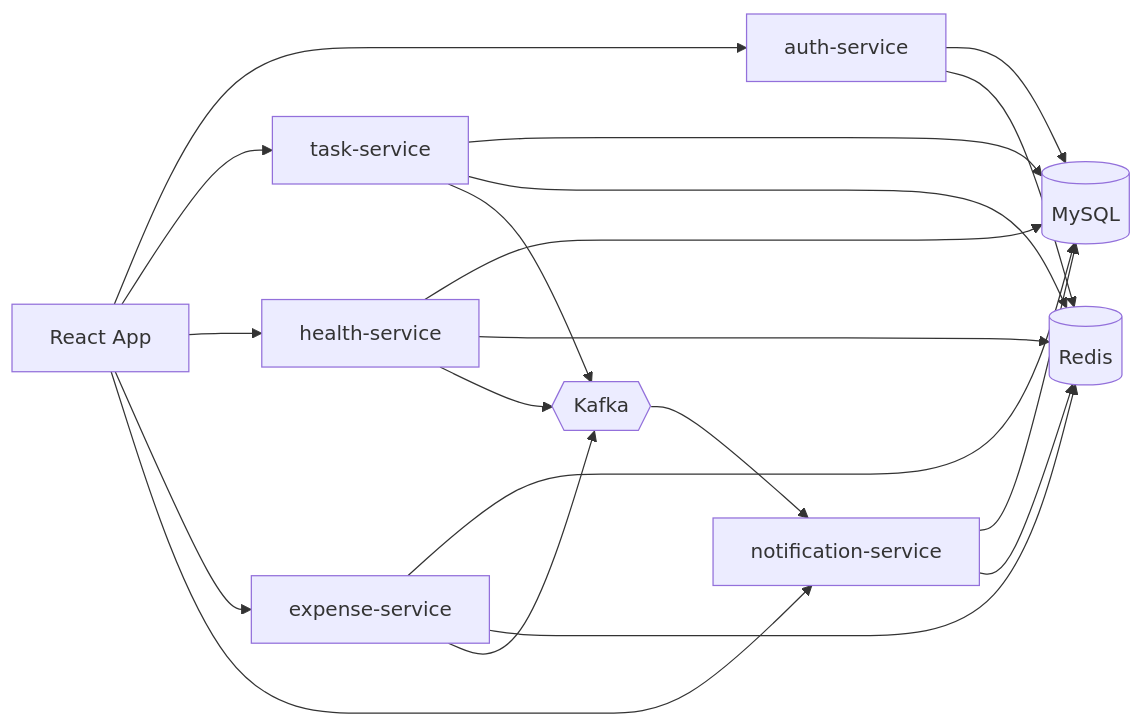
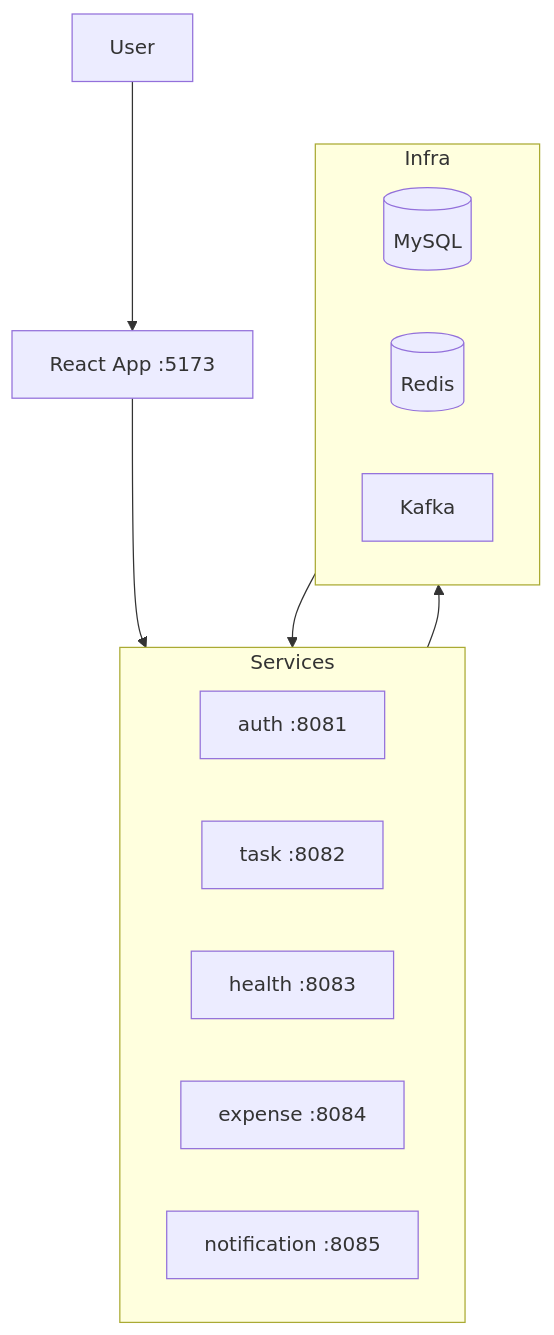
The diagram in README.md (akashyadav232108/daily-life-tracker), drawn with Mermaid before and after one commit. The commit also changed 6 other files, not shown here.

````diff
--- a/README.md
+++ b/README.md
@@ -16,25 +16,24 @@
 ```mermaid
-flowchart LR
-  FE[React App] --> AUTH[auth-service]
-  FE --> TASK[task-service]
-  FE --> HEALTH[health-service]
-  FE --> EXP[expense-service]
-  FE --> NOTIF[notification-service]
+flowchart TB
+  User --> FE[React App :5173]
 
-  AUTH --> MySQL[(MySQL)]
-  TASK --> MySQL
-  HEALTH --> MySQL
-  EXP --> MySQL
-  NOTIF --> MySQL
+  subgraph Services
+    direction LR
+    A[auth :8081]
+    T[task :8082]
+    H[health :8083]
+    E[expense :8084]
+    N[notification :8085]
+  end
 
-  AUTH --> Redis[(Redis)]
-  TASK --> Redis
-  HEALTH --> Redis
-  EXP --> Redis
-  NOTIF --> Redis
+  subgraph Infra
+    direction LR
+    DB[(MySQL)]
+    R[(Redis)]
+    K[Kafka]
+  end
 
-  TASK --> Kafka{{Kafka}}
-  HEALTH --> Kafka
-  EXP --> Kafka
-  Kafka --> NOTIF
+  FE --> Services
+  Services --> Infra
+  K --> N
 ```
````
